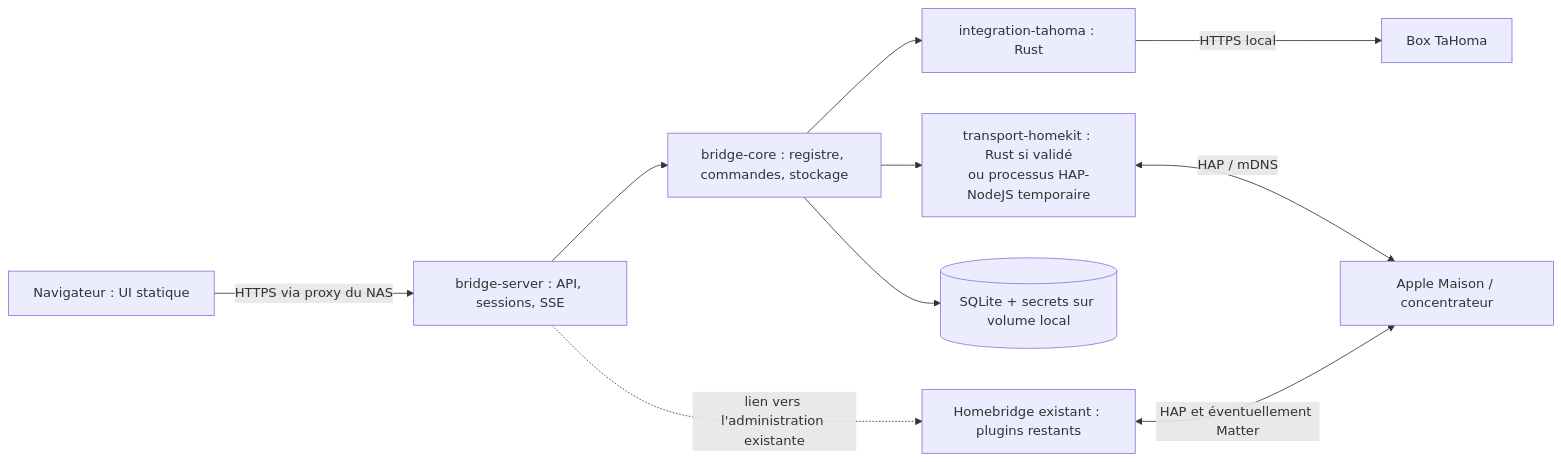
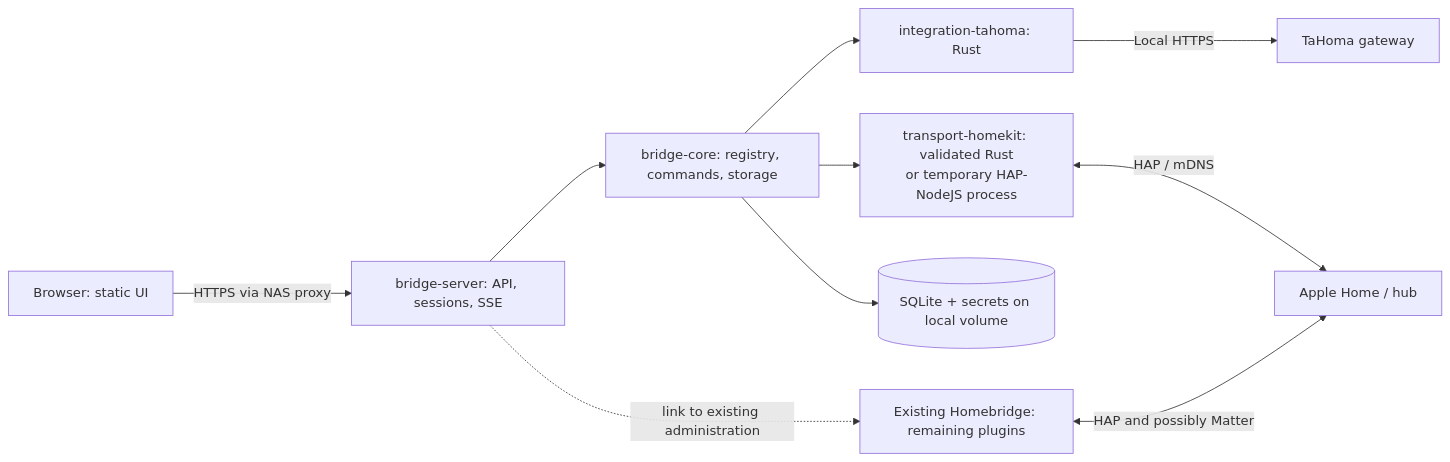
Before and after one commit to magic5644/homebridge-rust: the diagram in docs/architecture.md, drawn with Mermaid. The commit also changed other lines of this file and 12 other files, not shown here.

````diff
--- a/docs/architecture.md
+++ b/docs/architecture.md
@@ -65,12 +65,12 @@
 ```mermaid
 flowchart LR
-    Browser["Navigateur : UI statique"] -->|"HTTPS via proxy du NAS"| API["bridge-server : API, sessions, SSE"]
-    API --> Core["bridge-core : registre, commandes, stockage"]
-    Core --> Tahoma["integration-tahoma : Rust"]
-    Tahoma -->|"HTTPS local"| Box["Box TaHoma"]
-    Core --> HAP["transport-homekit : Rust si validé\nou processus HAP-NodeJS temporaire"]
-    HAP <-->|"HAP / mDNS"| Apple["Apple Maison / concentrateur"]
-    Core --> DB[("SQLite + secrets sur volume local")]
-    Legacy["Homebridge existant : plugins restants"] <-->|"HAP et éventuellement Matter"| Apple
-    API -. "lien vers l'administration existante" .-> Legacy
+    Browser["Browser: static UI"] -->|"HTTPS via NAS proxy"| API["bridge-server: API, sessions, SSE"]
+    API --> Core["bridge-core: registry, commands, storage"]
+    Core --> Tahoma["integration-tahoma: Rust"]
+    Tahoma -->|"Local HTTPS"| Box["TaHoma gateway"]
+    Core --> HAP["transport-homekit: validated Rust\nor temporary HAP-NodeJS process"]
+    HAP <-->|"HAP / mDNS"| Apple["Apple Home / hub"]
+    Core --> DB[("SQLite + secrets on local volume")]
+    Legacy["Existing Homebridge: remaining plugins"] <-->|"HAP and possibly Matter"| Apple
+    API -. "link to existing administration" .-> Legacy
 ```
````
